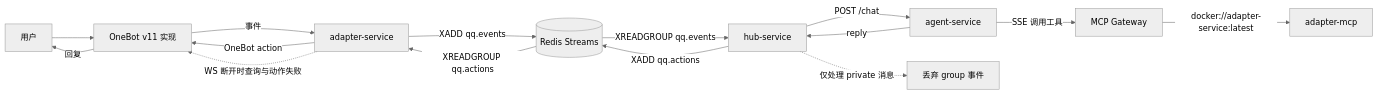
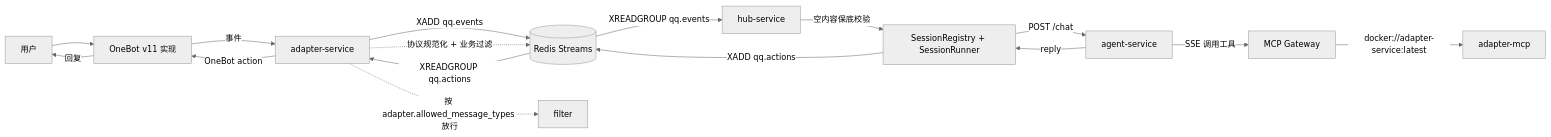
One commit to tamakara/AIChan changed the diagram in docs/aichan.md. Above: the diagram before and after it, drawn with Mermaid (neutral theme). The commit also changed other lines of this file and 19 other files, not shown here.

````diff
--- a/docs/aichan.md
+++ b/docs/aichan.md
@@ -44,18 +44,19 @@
 ```mermaid
 flowchart LR
     U[用户] --> O[OneBot v11 实现]
     O -->|事件| C[adapter-service]
     C -->|XADD qq.events| R[(Redis Streams)]
     R -->|XREADGROUP qq.events| H[hub-service]
-    H -->|POST /chat| A[agent-service]
+    H -->|空内容保底校验| HS[SessionRegistry + SessionRunner]
+    HS -->|POST /chat| A[agent-service]
     A -->|SSE 调用工具| M[MCP Gateway]
     M -->|docker://adapter-service:latest| T[adapter-mcp]
-    A -->|reply| H
-    H -->|XADD qq.actions| R
+    A -->|reply| HS
+    HS -->|XADD qq.actions| R
     R -->|XREADGROUP qq.actions| C
     C -->|OneBot action| O
     O -->|回复| U
 
-    C -.->|WS 断开时查询与动作失败| O
-    H -.->|仅处理 private 消息| X[丢弃 group 事件]
+    C -.->|协议规范化 + 业务过滤| R
+    C -.->|按 adapter.allowed_message_types 放行| X[filter]
 ```
````
